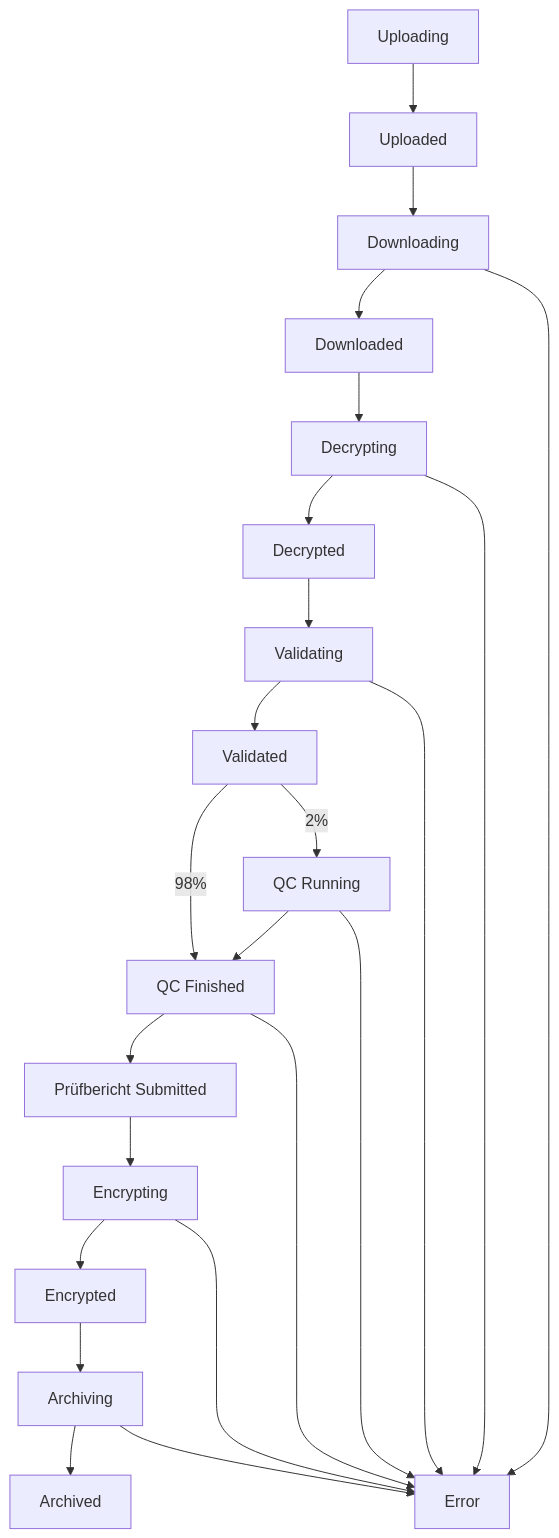
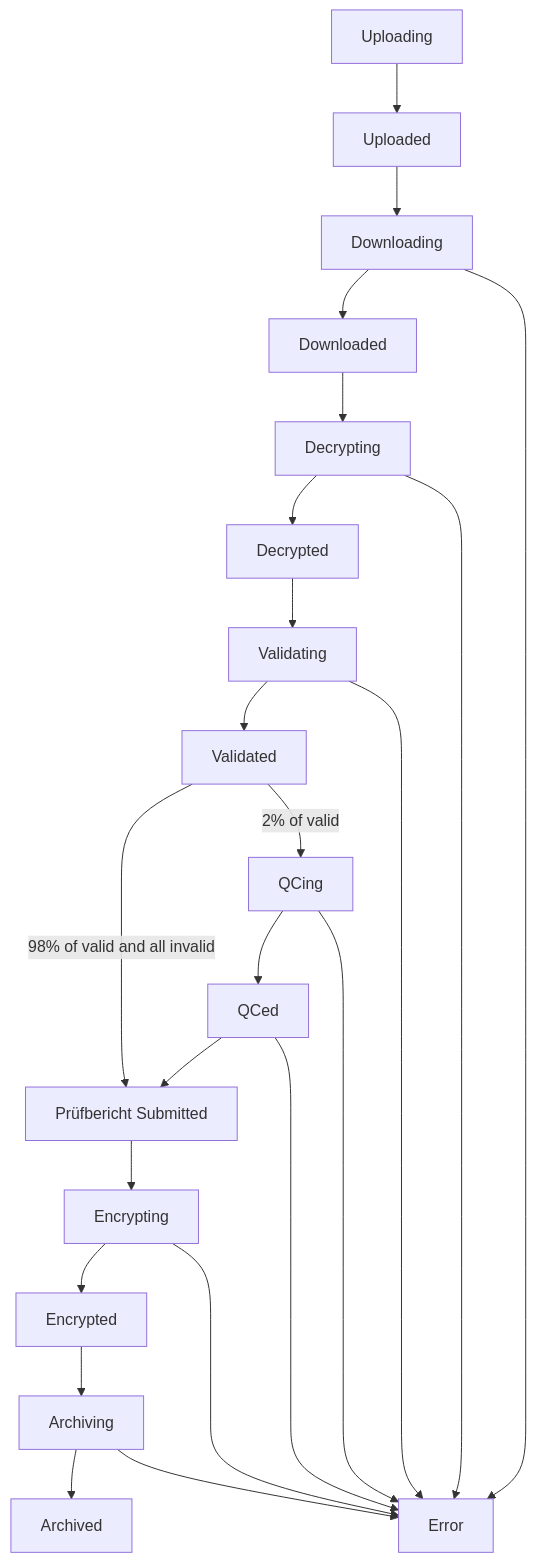
One commit to twrightsman/grz-watchdog changed the second of 2 diagrams in docs/design.md. Above: the diagram before and after it, drawn with Mermaid. The commit also changed other lines of this file, not shown here.

````diff
--- a/docs/design.md
+++ b/docs/design.md
@@ -41,35 +49,35 @@
 ```mermaid
 flowchart TD
     n1["Uploading"] --> n2["Uploaded"]
     n2 --> n3["Downloading"]
     n3 --> n4["Downloaded"] & n5["Error"]
     n4 --> n7["Decrypting"]
     n7 --> n8["Decrypted"] & n5
     n8 --> n10["Validating"]
     n10 --> n11["Validated"] & n5
-    n11 -- 2% --> n13["QC Running"]
-    n13 --> n15["QC Finished"] & n5
-    n11 -- 98% --> n15
+    n11 -- 2% of valid --> n13["QCing"]
+    n13 --> n15["QCed"] & n5
     n15 --> n16["Prüfbericht Submitted"] & n5
     n16 --> n18["Encrypting"]
     n18 --> n19["Encrypted"] & n5
     n19 --> n20["Archiving"]
     n20 --> n21["Archived"] & n5
+    n11 -- 98% of valid and all invalid  --> n16
 
     n1@{ shape: rect}
     n2@{ shape: rect}
     n3@{ shape: rect}
     n4@{ shape: rect}
     n5@{ shape: rect}
     n7@{ shape: rect}
     n8@{ shape: rect}
     n10@{ shape: rect}
     n11@{ shape: rect}
     n13@{ shape: rect}
     n15@{ shape: rect}
     n16@{ shape: rect}
     n18@{ shape: rect}
     n19@{ shape: rect}
     n20@{ shape: rect}
     n21@{ shape: rect}
 ```
````
